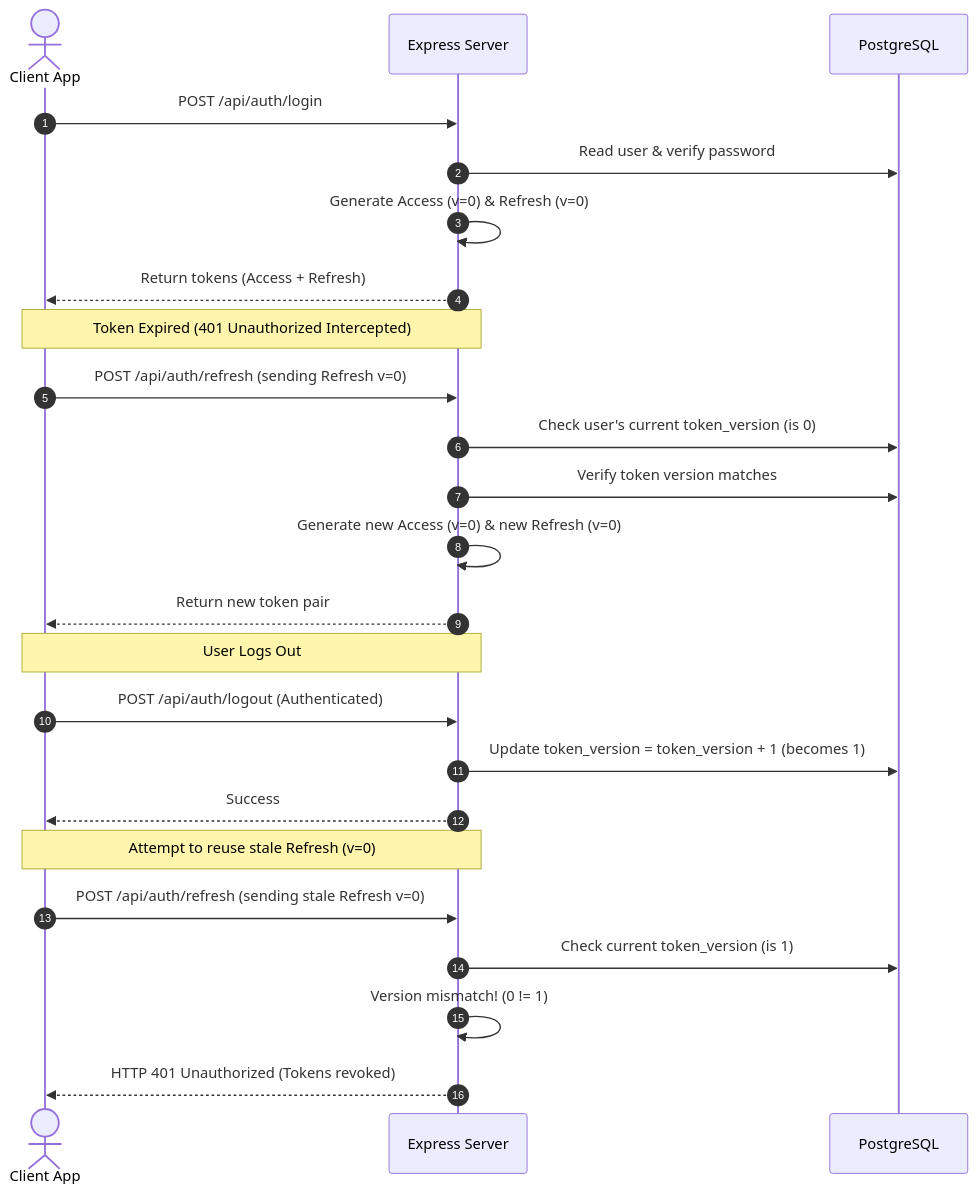
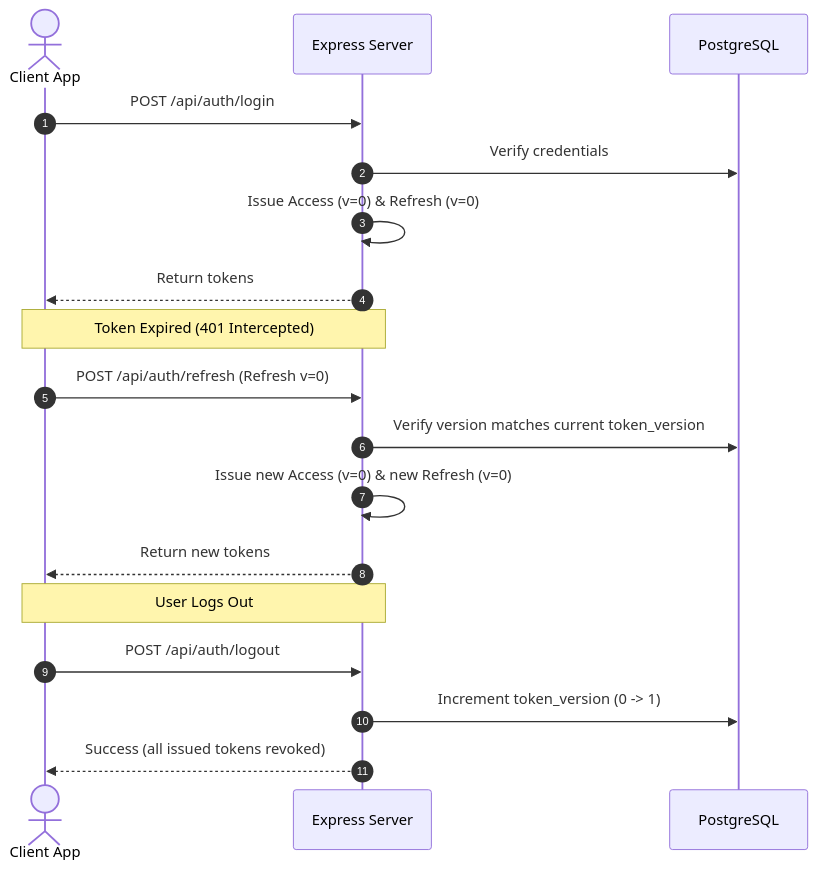
Before and after one commit to bhumitschaudhry/AMPM: the third of 4 diagrams in architecture.md, drawn with Mermaid. The commit also changed other lines of this file and 2 other files, not shown here.

````diff
--- a/architecture.md
+++ b/architecture.md
@@ -145,32 +96,25 @@
 ```mermaid
 sequenceDiagram
     autonumber
-    actor User as Client App
+    actor Client as Client App
     participant API as Express Server
     participant DB as PostgreSQL
 
-    User->>API: POST /api/auth/login
-    API->>DB: Read user & verify password
-    API->>API: Generate Access (v=0) & Refresh (v=0)
-    API-->>User: Return tokens (Access + Refresh)
+    Client->>API: POST /api/auth/login
+    API->>DB: Verify credentials
+    API->>API: Issue Access (v=0) & Refresh (v=0)
+    API-->>Client: Return tokens
 
-    Note over User, API: Token Expired (401 Unauthorized Intercepted)
+    Note over Client, API: Token Expired (401 Intercepted)
 
-    User->>API: POST /api/auth/refresh (sending Refresh v=0)
-    API->>DB: Check user's current token_version (is 0)
-    API->>DB: Verify token version matches
-    API->>API: Generate new Access (v=0) & new Refresh (v=0)
-    API-->>User: Return new token pair
+    Client->>API: POST /api/auth/refresh (Refresh v=0)
+    API->>DB: Verify version matches current token_version
+    API->>API: Issue new Access (v=0) & new Refresh (v=0)
+    API-->>Client: Return new tokens
 
-    Note over User, API: User Logs Out
+    Note over Client, API: User Logs Out
 
-    User->>API: POST /api/auth/logout (Authenticated)
-    API->>DB: Update token_version = token_version + 1 (becomes 1)
-    API-->>User: Success
-
-    Note over User, API: Attempt to reuse stale Refresh (v=0)
-    User->>API: POST /api/auth/refresh (sending stale Refresh v=0)
-    API->>DB: Check current token_version (is 1)
-    API->>API: Version mismatch! (0 != 1)
-    API-->>User: HTTP 401 Unauthorized (Tokens revoked)
+    Client->>API: POST /api/auth/logout
+    API->>DB: Increment token_version (0 -> 1)
+    API-->>Client: Success (all issued tokens revoked)
 ```
````
